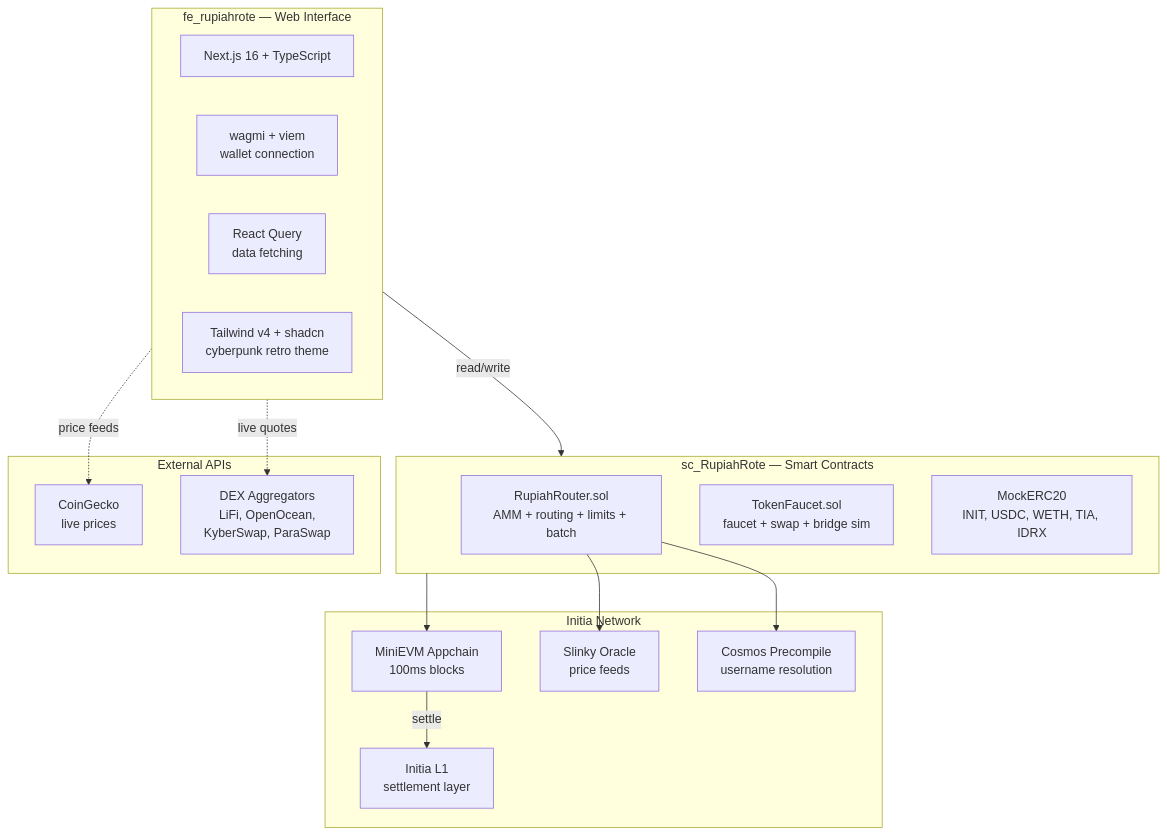
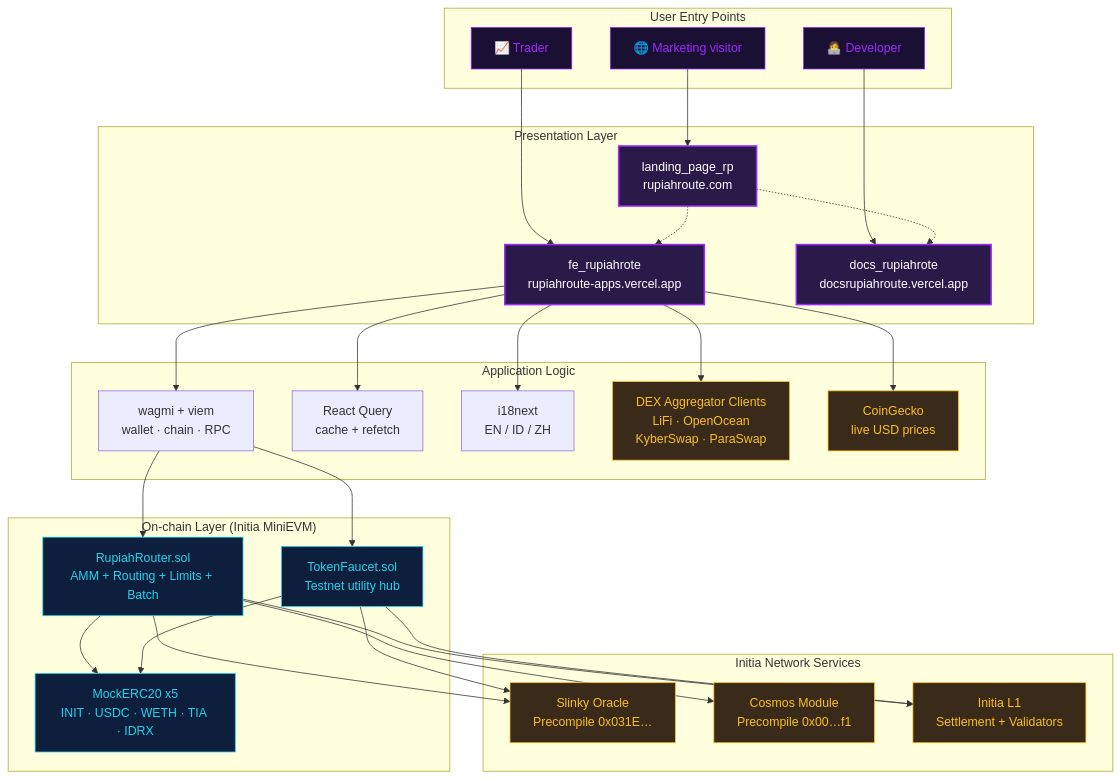
Before and after one commit to EzraNahumury/initia: the third of 7 diagrams in README.md, drawn with Mermaid. The commit also changed other lines of this file and 4 other files, not shown here.

````diff
--- a/README.md
+++ b/README.md
@@ -66,35 +113,66 @@
 ```mermaid
 graph TB
-    subgraph Frontend["fe_rupiahrote — Web Interface"]
-        Next["Next.js 16 + TypeScript"]
-        Wagmi["wagmi + viem<br/>wallet connection"]
-        TQ["React Query<br/>data fetching"]
-        UI["Tailwind v4 + shadcn<br/>cyberpunk retro theme"]
+    subgraph Visitors["User Entry Points"]
+        V1[🌐 Marketing visitor]
+        V2[👩‍💻 Developer]
+        V3[📈 Trader]
     end
 
-    subgraph Contracts["sc_RupiahRote — Smart Contracts"]
-        Router["RupiahRouter.sol<br/>AMM + routing + limits + batch"]
-        FaucetC["TokenFaucet.sol<br/>faucet + swap + bridge sim"]
-        Tokens["MockERC20<br/>INIT, USDC, WETH, TIA, IDRX"]
+    subgraph L1["Presentation Layer"]
+        LPAGE["landing_page_rp<br/>rupiahroute.com"]
+        APP["fe_rupiahrote<br/>rupiahroute-apps.vercel.app"]
+        DSITE["docs_rupiahrote<br/>docsrupiahroute.vercel.app"]
     end
 
-    subgraph Initia["Initia Network"]
-        MiniEVM["MiniEVM Appchain<br/>100ms blocks"]
-        L1["Initia L1<br/>settlement layer"]
-        Oracle["Slinky Oracle<br/>price feeds"]
-        Cosmos["Cosmos Precompile<br/>username resolution"]
+    subgraph L2["Application Logic"]
+        WAGMI["wagmi + viem<br/>wallet · chain · RPC"]
+        RQ["React Query<br/>cache + refetch"]
+        I18N["i18next<br/>EN / ID / ZH"]
+        DEX["DEX Aggregator Clients<br/>LiFi · OpenOcean<br/>KyberSwap · ParaSwap"]
+        CG["CoinGecko<br/>live USD prices"]
     end
 
-    subgraph External["External APIs"]
-        CG["CoinGecko<br/>live prices"]
-        DEX["DEX Aggregators<br/>LiFi, OpenOcean,<br/>KyberSwap, ParaSwap"]
+    subgraph L3["On-chain Layer (Initia MiniEVM)"]
+        ROUTER["RupiahRouter.sol<br/>AMM + Routing + Limits + Batch"]
+        FAUCET["TokenFaucet.sol<br/>Testnet utility hub"]
+        MOCKS["MockERC20 x5<br/>INIT · USDC · WETH · TIA · IDRX"]
     end
 
-    Frontend -->|"read/write"| Contracts
-    Contracts --> MiniEVM
-    MiniEVM -->|"settle"| L1
-    Router --> Oracle
-    Router --> Cosmos
-    Frontend -.->|"price feeds"| CG
-    Frontend -.->|"live quotes"| DEX
+    subgraph L4["Initia Network Services"]
+        ORACLE["Slinky Oracle<br/>Precompile 0x031E…"]
+        COSMOS["Cosmos Module<br/>Precompile 0x00…f1"]
+        L1CHAIN["Initia L1<br/>Settlement + Validators"]
+    end
+
+    V1 --> LPAGE
+    V2 --> DSITE
+    V3 --> APP
+    LPAGE -.-> APP
+    LPAGE -.-> DSITE
+
+    APP --> WAGMI
+    APP --> RQ
+    APP --> I18N
+    APP --> DEX
+    APP --> CG
+
+    WAGMI --> ROUTER
+    WAGMI --> FAUCET
+    ROUTER --> MOCKS
+    FAUCET --> MOCKS
+    ROUTER --> ORACLE
+    ROUTER --> COSMOS
+    FAUCET --> ORACLE
+
+    ROUTER --> L1CHAIN
+    FAUCET --> L1CHAIN
+
+    classDef user fill:#1a1033,color:#9f29ff,stroke:#9f29ff
+    classDef app fill:#2a1a4a,color:#fff,stroke:#9f29ff,stroke-width:2px
+    classDef chain fill:#0d1f3c,color:#22d3ee,stroke:#22d3ee
+    classDef external fill:#3a2a1a,color:#fbbf24,stroke:#fbbf24
+    class V1,V2,V3 user
+    class LPAGE,APP,DSITE app
+    class ROUTER,FAUCET,MOCKS chain
+    class ORACLE,COSMOS,L1CHAIN,DEX,CG external
 ```
````
